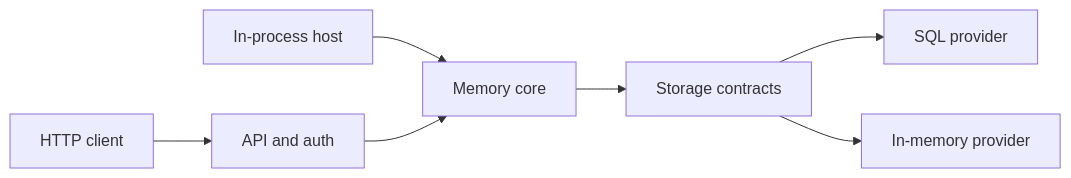
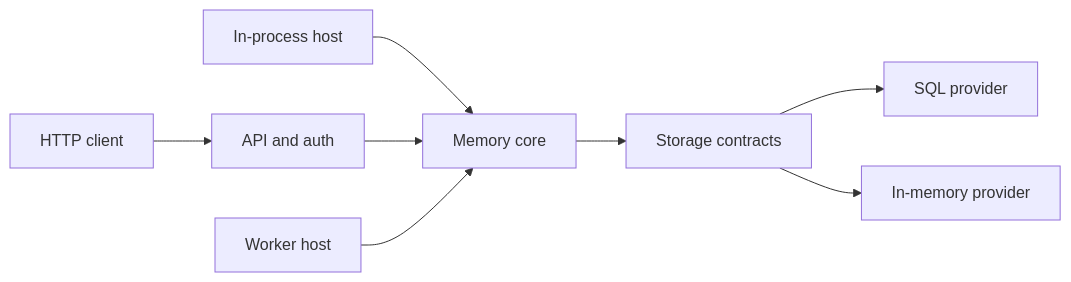
One commit to brendankowitz/nachos changed the diagram in docs/site/src/content/docs/architecture.mdx. Above: the diagram before and after it, drawn with Mermaid. The commit also changed other lines of this file and 43 other files, not shown here.

First line of the commit message:
feat(worker): worker host, Aspire wiring, offline worker infra, M2 docs

````diff
--- a/docs/site/src/content/docs/architecture.mdx
+++ b/docs/site/src/content/docs/architecture.mdx
@@ -8,9 +9,10 @@
 ```mermaid
 flowchart LR
   Client["HTTP client"] --> Api["API and auth"]
   Library["In-process host"] --> Core["Memory core"]
   Api --> Core
+  Worker["Worker host"] --> Core
   Core --> Contracts["Storage contracts"]
   Contracts --> Sql["SQL provider"]
   Contracts --> InMemory["In-memory provider"]
 ```
````
